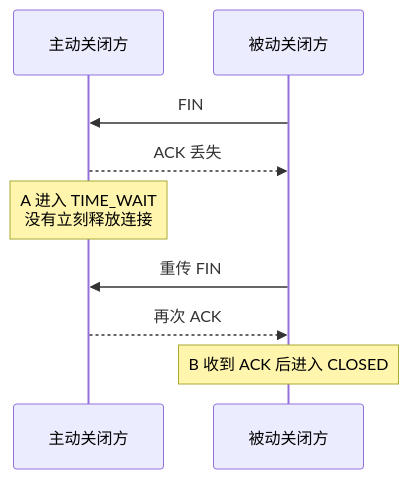
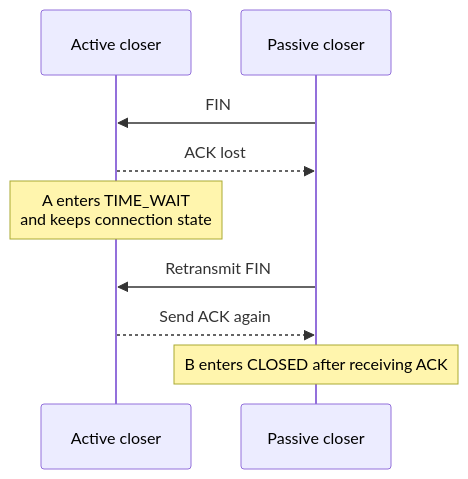
The fifth of 5 diagrams in docs/cs-basics/network/tcp-connection-and-disconnection.md (m3h3d1/JavaGuideEn), drawn with Mermaid before and after one commit. The commit also changed other lines of this file and 71 other files, not shown here.

````diff
--- a/docs/cs-basics/network/tcp-connection-and-disconnection.md
+++ b/docs/cs-basics/network/tcp-connection-and-disconnection.md
@@ -302,12 +301,12 @@
 ```mermaid
 sequenceDiagram
-  participant A as 主动关闭方
-  participant B as 被动关闭方
+  participant A as Active closer
+  participant B as Passive closer
 
   B->>A: FIN
-  A-->>B: ACK 丢失
-  Note over A: A 进入 TIME_WAIT<br/>没有立刻释放连接
-  B->>A: 重传 FIN
-  A-->>B: 再次 ACK
-  Note over B: B 收到 ACK 后进入 CLOSED
+  A-->>B: ACK lost
+  Note over A: A enters TIME_WAIT<br/>and keeps connection state
+  B->>A: Retransmit FIN
+  A-->>B: Send ACK again
+  Note over B: B enters CLOSED after receiving ACK
 ```
````
